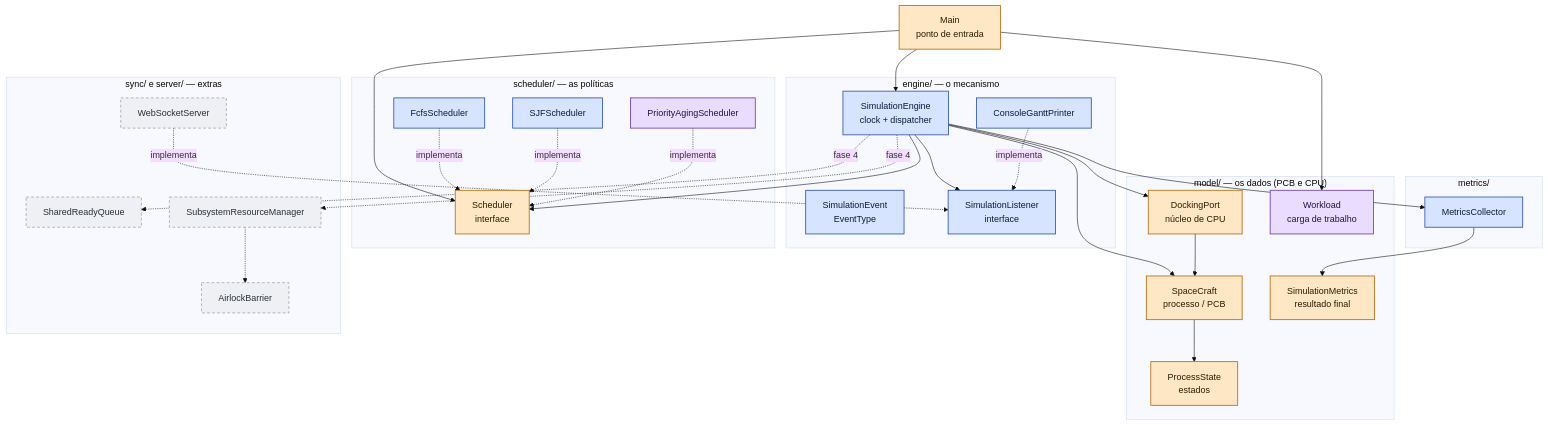
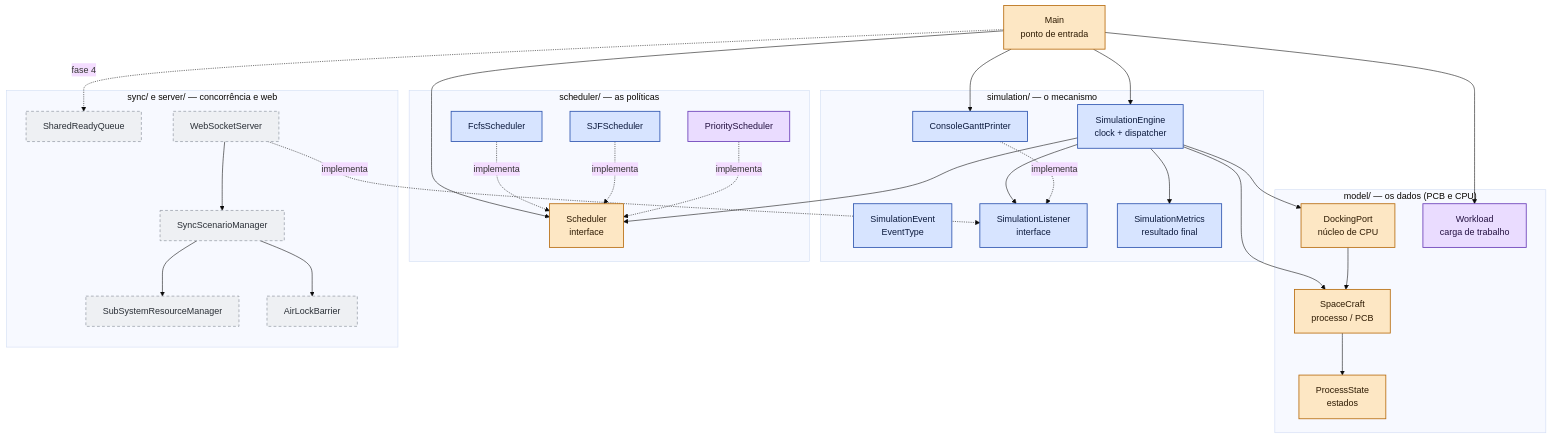
The first of 6 diagrams in docs/uml/README.md (Felipe-Tagawa/Promethean), drawn with Mermaid (base theme) before and after one commit. The commit also changed other lines of this file and 1 other file, not shown here.

````diff
--- a/docs/uml/README.md
+++ b/docs/uml/README.md
@@ -32,62 +32,60 @@
 ```mermaid
 flowchart TB
     Main["Main<br/>ponto de entrada"]:::existe
 
     subgraph MODEL["model/ — os dados (PCB e CPU)"]
         SC["SpaceCraft<br/>processo / PCB"]:::existe
         PS["ProcessState<br/>estados"]:::existe
         DP["DockingPort<br/>núcleo de CPU"]:::existe
-        SM["SimulationMetrics<br/>resultado final"]:::existe
         WL["Workload<br/>carga de trabalho"]:::fase3
     end
 
     subgraph SCHED["scheduler/ — as políticas"]
         SI["Scheduler<br/>interface"]:::existe
         FC["FcfsScheduler"]:::fase2
         SJF["SJFScheduler"]:::fase2
-        PA["PriorityAgingScheduler"]:::fase3
+        PA["PriorityScheduler"]:::fase3
     end
 
-    subgraph ENGINE["engine/ — o mecanismo"]
+    subgraph ENGINE["simulation/ — o mecanismo"]
         EN["SimulationEngine<br/>clock + dispatcher"]:::fase2
         EV["SimulationEvent<br/>EventType"]:::fase2
         LI["SimulationListener<br/>interface"]:::fase2
         CG["ConsoleGanttPrinter"]:::fase2
+        SM["SimulationMetrics<br/>resultado final"]:::fase2
     end
 
-    subgraph METRICS["metrics/"]
-        MC["MetricsCollector"]:::fase2
-    end
-
-    subgraph FUT["sync/ e server/ — extras"]
+    subgraph FUT["sync/ e server/ — concorrência e web"]
         SQ["SharedReadyQueue"]:::fase4
-        SR["SubsystemResourceManager"]:::fase4
-        AB["AirlockBarrier"]:::fase4
+        SR["SubSystemResourceManager"]:::fase4
+        AB["AirLockBarrier"]:::fase4
+        SS["SyncScenarioManager"]:::fase4
         WS["WebSocketServer"]:::fase4
     end
 
     Main --> EN
     Main --> WL
     Main --> SI
+    Main --> CG
+    Main -.fase 4.-> SQ
     FC -.implementa.-> SI
     SJF -.implementa.-> SI
     PA -.implementa.-> SI
     EN --> SI
     EN --> DP
     EN --> SC
-    EN --> MC
     EN --> LI
+    EN --> SM
     DP --> SC
     SC --> PS
-    MC --> SM
     CG -.implementa.-> LI
     WS -.implementa.-> LI
-    EN -.fase 4.-> SR
-    EN -.fase 4.-> SQ
-    SR -.-> AB
+    WS --> SS
+    SS --> SR
+    SS --> AB
 
     classDef existe fill:#fde7c4,stroke:#b86e12,color:#2d1a02,stroke-width:1.5px
     classDef fase2 fill:#d7e4ff,stroke:#2f56b0,color:#0c1a3d,stroke-width:1.5px
     classDef fase3 fill:#eadcff,stroke:#6b3fb8,color:#231040,stroke-width:1.5px
     classDef fase4 fill:#eef0f3,stroke:#7a828e,color:#2a2f36,stroke-dasharray:5 4
 ```
````
